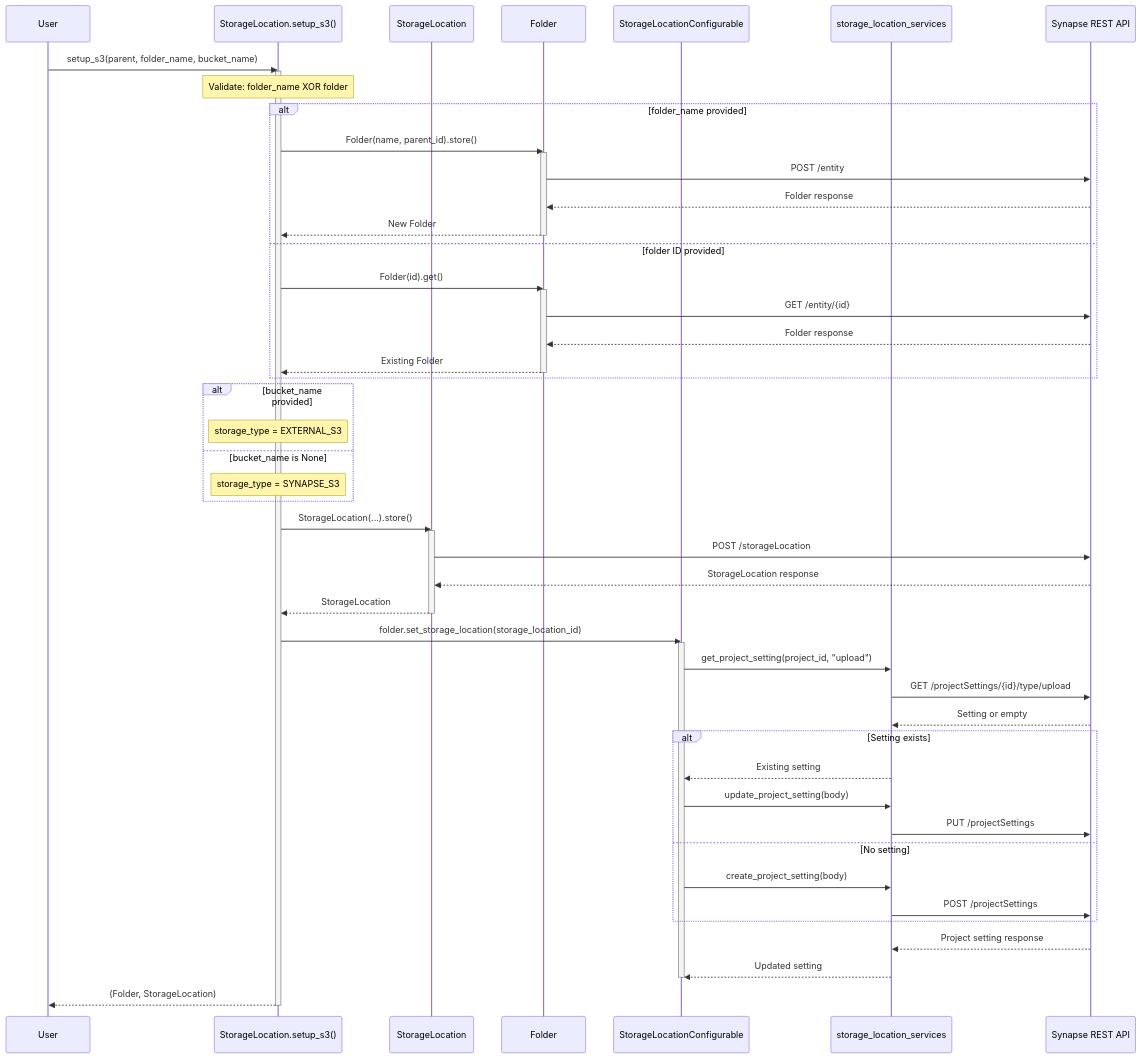
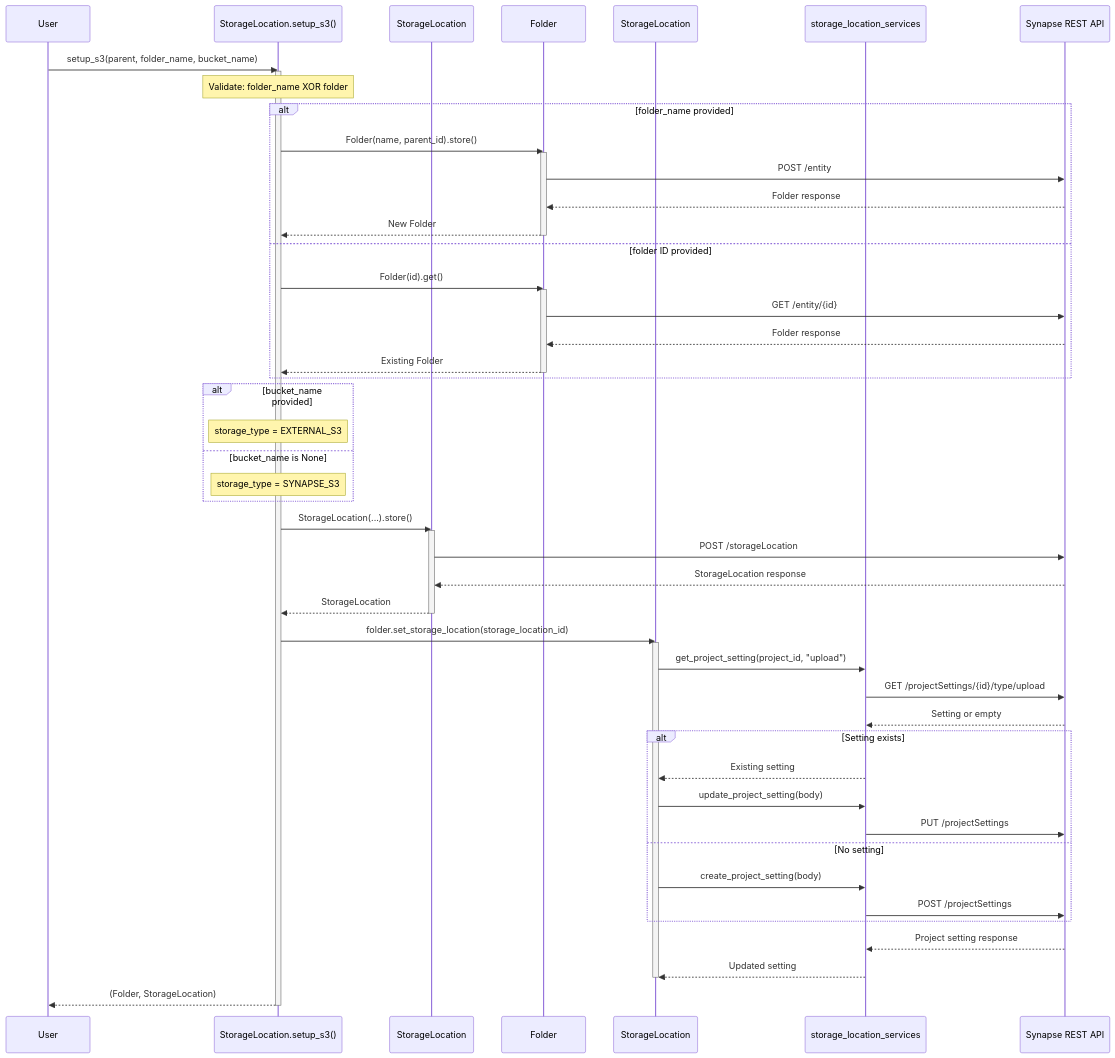
Before and after one commit to Sage-Bionetworks/synapsePythonClient: the sixth of 11 diagrams in docs/explanations/storage_location_architecture.md, drawn with Mermaid. The commit also changed other lines of this file, not shown here.

````diff
--- a/docs/explanations/storage_location_architecture.md
+++ b/docs/explanations/storage_location_architecture.md
@@ -391,67 +387,67 @@
-    ```mermaid
-    sequenceDiagram
-        participant User
-        participant setup_s3 as StorageLocation.setup_s3()
-        participant StorageLocation
-        participant Folder
-        participant Mixin as StorageLocationConfigurable
-        participant API as storage_location_services
-        participant Synapse as Synapse REST API
+```mermaid
+sequenceDiagram
+    participant User
+    participant setup_s3 as StorageLocation.setup_s3()
+    participant StorageLocation
+    participant Folder
+    participant Mixin as StorageLocation
+    participant API as storage_location_services
+    participant Synapse as Synapse REST API
 
-        User->>setup_s3: setup_s3(parent, folder_name, bucket_name)
-        activate setup_s3
+    User->>setup_s3: setup_s3(parent, folder_name, bucket_name)
+    activate setup_s3
 
-        Note over setup_s3: Validate: folder_name XOR folder
+    Note over setup_s3: Validate: folder_name XOR folder
 
-        alt folder_name provided
-            setup_s3->>Folder: Folder(name, parent_id).store()
-            activate Folder
-            Folder->>Synapse: POST /entity
-            Synapse-->>Folder: Folder response
-            Folder-->>setup_s3: New Folder
-            deactivate Folder
-        else folder ID provided
-            setup_s3->>Folder: Folder(id).get()
-            activate Folder
-            Folder->>Synapse: GET /entity/{id}
-            Synapse-->>Folder: Folder response
-            Folder-->>setup_s3: Existing Folder
-            deactivate Folder
-        end
+    alt folder_name provided
+        setup_s3->>Folder: Folder(name, parent_id).store()
+        activate Folder
+        Folder->>Synapse: POST /entity
+        Synapse-->>Folder: Folder response
+        Folder-->>setup_s3: New Folder
+        deactivate Folder
+    else folder ID provided
+        setup_s3->>Folder: Folder(id).get()
+        activate Folder
+        Folder->>Synapse: GET /entity/{id}
+        Synapse-->>Folder: Folder response
+        Folder-->>setup_s3: Existing Folder
+        deactivate Folder
+    end
 
-        alt bucket_name provided
-            Note over setup_s3: storage_type = EXTERNAL_S3
-        else bucket_name is None
-            Note over setup_s3: storage_type = SYNAPSE_S3
-        end
+    alt bucket_name provided
+        Note over setup_s3: storage_type = EXTERNAL_S3
+    else bucket_name is None
+        Note over setup_s3: storage_type = SYNAPSE_S3
+    end
 
-        setup_s3->>StorageLocation: StorageLocation(...).store()
-        activate StorageLocation
-        StorageLocation->>Synapse: POST /storageLocation
-        Synapse-->>StorageLocation: StorageLocation response
-        StorageLocation-->>setup_s3: StorageLocation
-        deactivate StorageLocation
+    setup_s3->>StorageLocation: StorageLocation(...).store()
+    activate StorageLocation
+    StorageLocation->>Synapse: POST /storageLocation
+    Synapse-->>StorageLocation: StorageLocation response
+    StorageLocation-->>setup_s3: StorageLocation
+    deactivate StorageLocation
 
-        setup_s3->>Mixin: folder.set_storage_location(storage_location_id)
-        activate Mixin
+    setup_s3->>Mixin: folder.set_storage_location(storage_location_id)
+    activate Mixin
 
-        Mixin->>API: get_project_setting(project_id, "upload")
-        API->>Synapse: GET /projectSettings/{id}/type/upload
-        Synapse-->>API: Setting or empty
+    Mixin->>API: get_project_setting(project_id, "upload")
+    API->>Synapse: GET /projectSettings/{id}/type/upload
+    Synapse-->>API: Setting or empty
 
-        alt Setting exists
-            API-->>Mixin: Existing setting
-            Mixin->>API: update_project_setting(body)
-            API->>Synapse: PUT /projectSettings
-        else No setting
-            Mixin->>API: create_project_setting(body)
-            API->>Synapse: POST /projectSettings
-        end
+    alt Setting exists
+        API-->>Mixin: Existing setting
+        Mixin->>API: update_project_setting(body)
+        API->>Synapse: PUT /projectSettings
+    else No setting
+        Mixin->>API: create_project_setting(body)
+        API->>Synapse: POST /projectSettings
+    end
 
-        Synapse-->>API: Project setting response
-        API-->>Mixin: Updated setting
-        deactivate Mixin
+    Synapse-->>API: Project setting response
+    API-->>Mixin: Updated setting
+    deactivate Mixin
 
-        setup_s3-->>User: (Folder, StorageLocation)
-        deactivate setup_s3
-    ```
+    setup_s3-->>User: (Folder, StorageLocation)
+    deactivate setup_s3
+```
````
